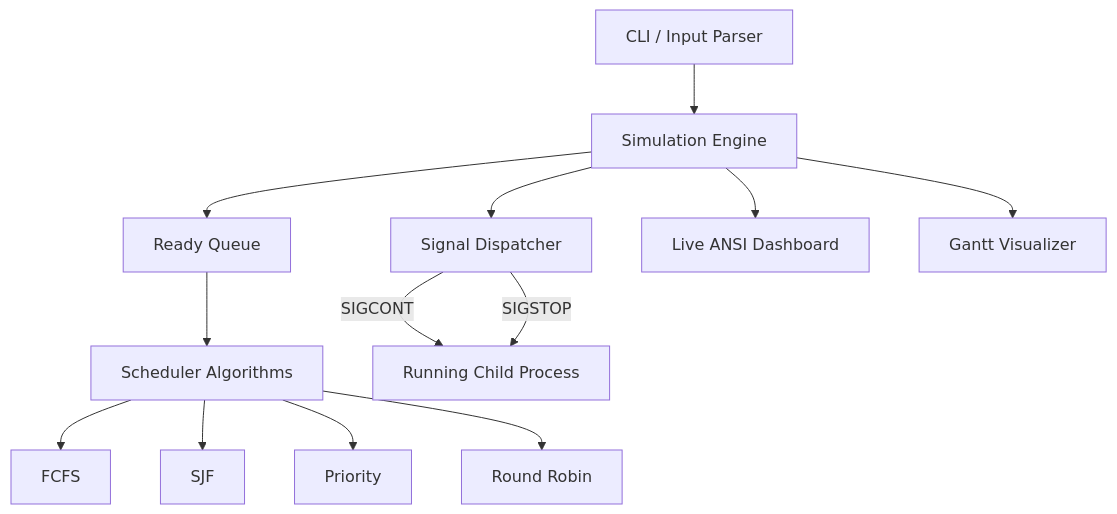
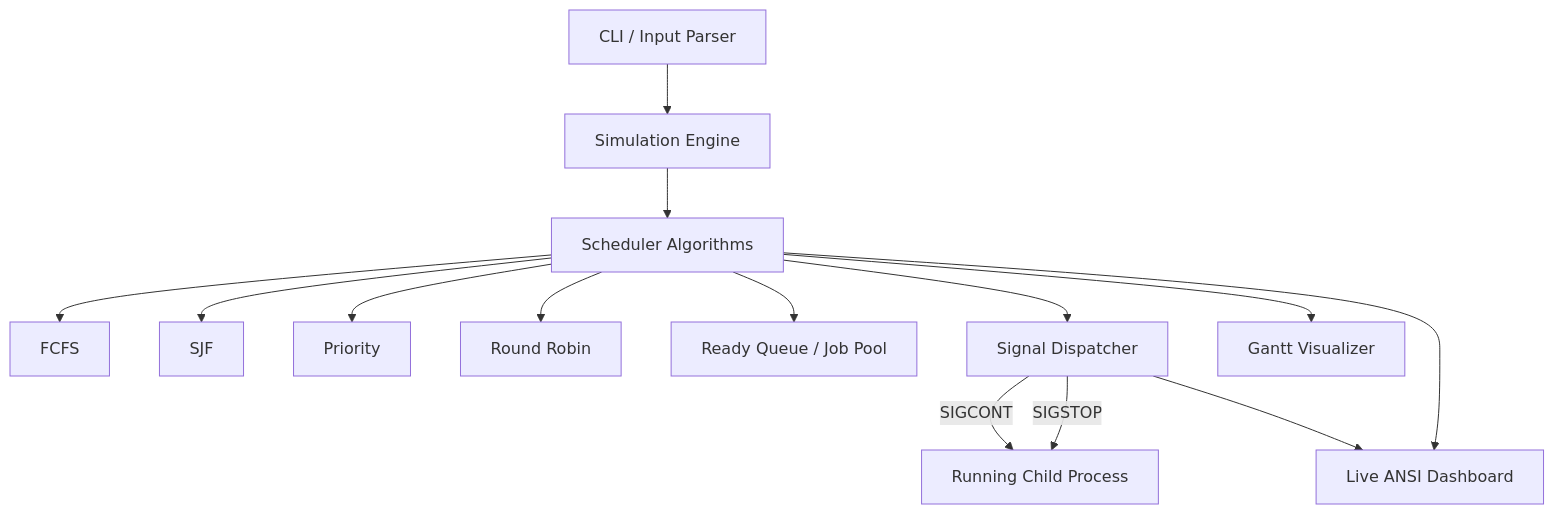
The diagram in README.md (Avrhambi/CPU_Scheduler), drawn with Mermaid before and after one commit. The commit also changed other lines of this file and 21 other files, not shown here.

First line of the commit message:
Refactor: Apply clean code principles and modular architecture

````diff
--- a/README.md
+++ b/README.md
@@ -7,15 +7,19 @@
 ```mermaid
 graph TD
     CLI[CLI / Input Parser] --> Engine[Simulation Engine]
-    Engine --> Dispatcher[Signal Dispatcher]
-    Engine --> Q[Ready Queue]
-    Q --> Scheduler[Scheduler Algorithms]
+    Engine --> Scheduler[Scheduler Algorithms]
     Scheduler --> FCFS[FCFS]
     Scheduler --> SJF[SJF]
     Scheduler --> Prio[Priority]
     Scheduler --> RR[Round Robin]
+    
+    Scheduler --> Q[Ready Queue / Job Pool]
+    Scheduler --> Dispatcher[Signal Dispatcher]
+    
     Dispatcher -- SIGCONT --> Proc[Running Child Process]
     Dispatcher -- SIGSTOP --> Proc
-    Engine --> Dash[Live ANSI Dashboard]
-    Engine --> Gantt[Gantt Visualizer]
+    
+    Dispatcher --> Dash[Live ANSI Dashboard]
+    Scheduler --> Dash
+    Scheduler --> Gantt[Gantt Visualizer]
 ```
````
